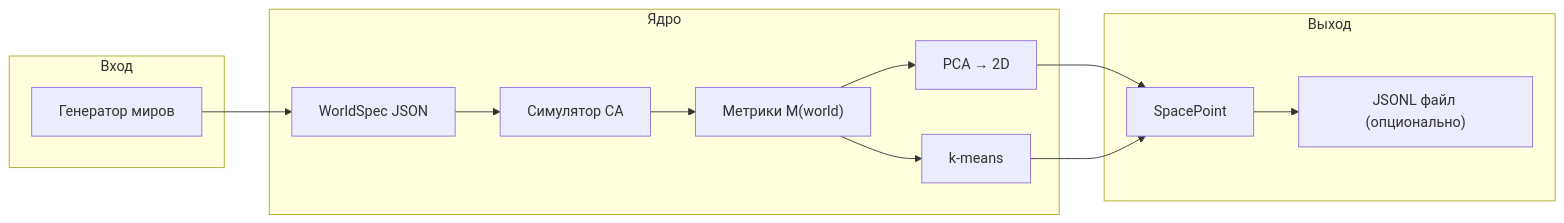
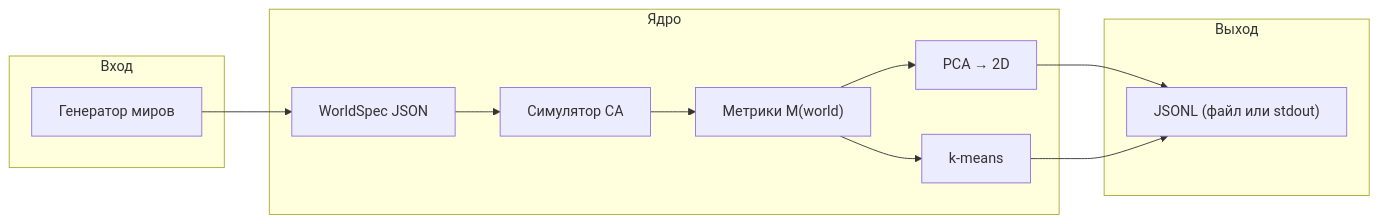
Before and after one commit to Starovoitov/LifeManifold: the first of 8 diagrams in docs/WORLDSPACE.md, drawn with Mermaid. The commit also changed other lines of this file and 14 other files, not shown here.

````diff
--- a/docs/WORLDSPACE.md
+++ b/docs/WORLDSPACE.md
@@ -13,25 +13,23 @@
 ```mermaid
 flowchart LR
   subgraph inputs["Вход"]
     G["Генератор миров"]
   end
   subgraph core["Ядро"]
     WS["WorldSpec JSON"]
     SIM["Симулятор CA"]
     MET["Метрики M(world)"]
     EMB["PCA → 2D"]
     CLU["k-means"]
   end
   subgraph out["Выход"]
-    PT["SpacePoint"]
-    FILE["JSONL файл (опционально)"]
+    FILE["JSONL (файл или stdout)"]
   end
   G --> WS
   WS --> SIM
   SIM --> MET
   MET --> EMB
   MET --> CLU
-  EMB --> PT
-  CLU --> PT
-  PT --> FILE
+  EMB --> FILE
+  CLU --> FILE
 ```
````
